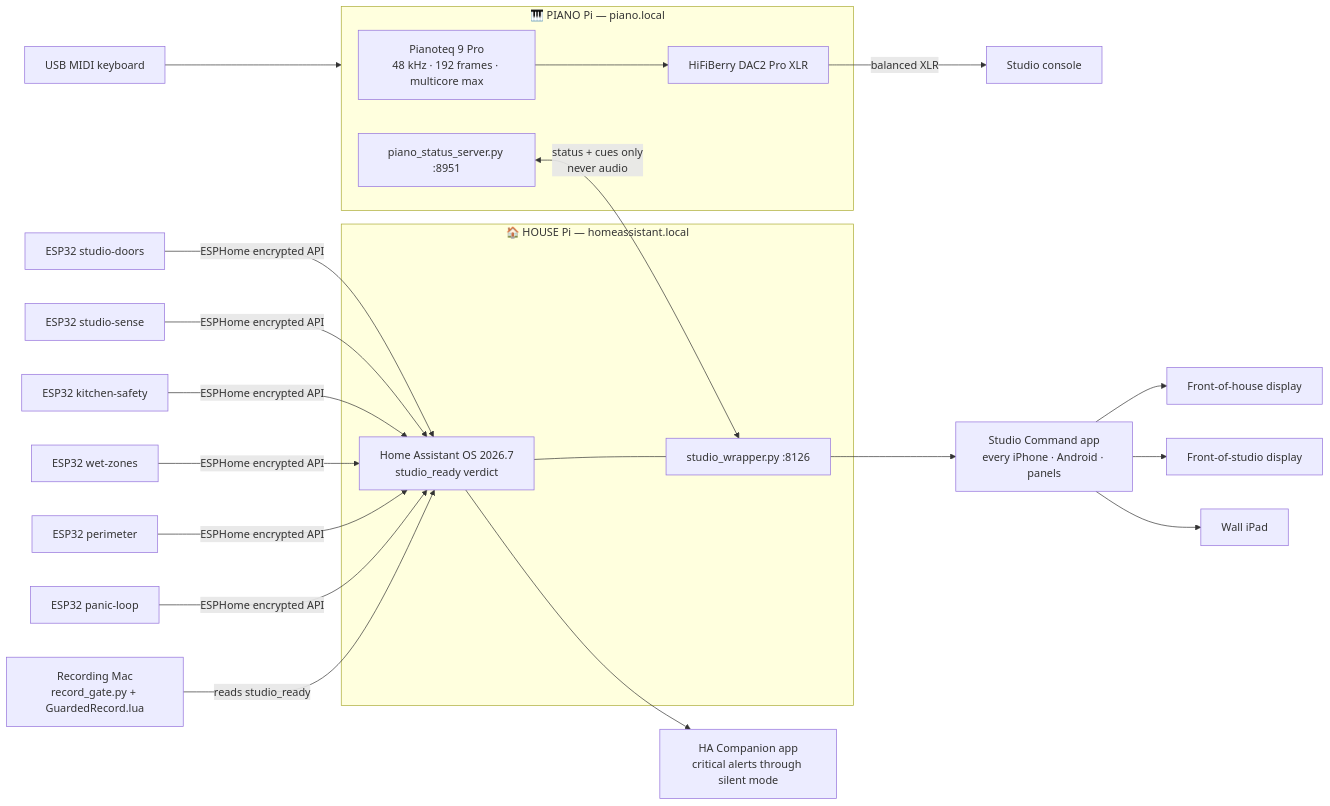
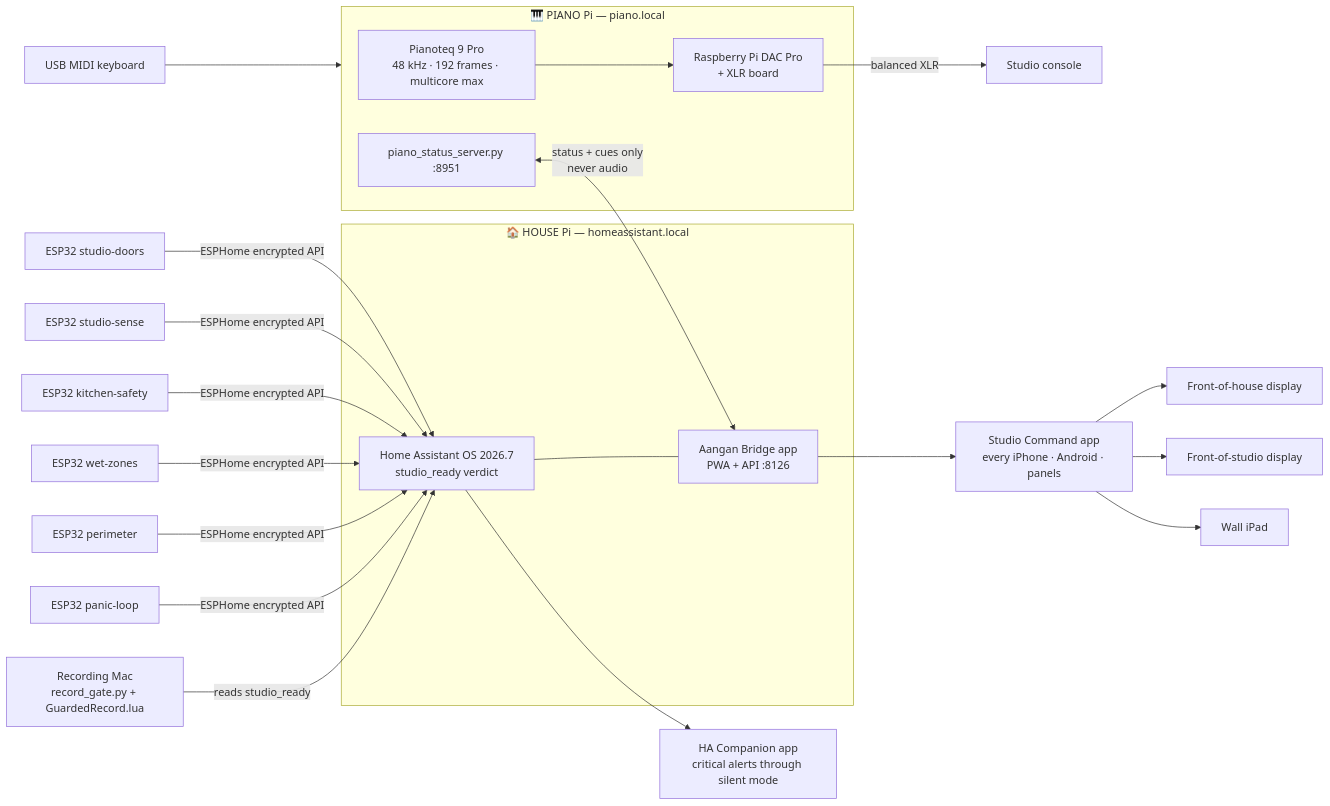
The diagram in docs/INSTALL_DIAGRAMS.md (jasonzacmusic/aangan), drawn with Mermaid before and after one commit. The commit also changed other lines of this file and 80 other files, not shown here.

````diff
--- a/docs/INSTALL_DIAGRAMS.md
+++ b/docs/INSTALL_DIAGRAMS.md
@@ -5,18 +5,18 @@
 ```mermaid
 flowchart LR
   KB[USB MIDI keyboard] --> PP
   subgraph PP["🎹 PIANO Pi — piano.local"]
-    PT[Pianoteq 9 Pro<br/>48 kHz · 192 frames · multicore max] --> DAC[HiFiBerry DAC2 Pro XLR]
+    PT[Pianoteq 9 Pro<br/>48 kHz · 192 frames · multicore max] --> DAC[Raspberry Pi DAC Pro<br/>+ XLR board]
     ST[piano_status_server.py :8951]
   end
   DAC -->|balanced XLR| CONSOLE[Studio console]
   subgraph HP["🏠 HOUSE Pi — homeassistant.local"]
-    HA[Home Assistant OS 2026.7<br/>studio_ready verdict] --- WR[studio_wrapper.py :8126]
+    HA[Home Assistant OS 2026.7<br/>studio_ready verdict] --- WR[Aangan Bridge app<br/>PWA + API :8126]
   end
   ST <-->|status + cues only<br/>never audio| WR
   E1[ESP32 studio-doors] & E2[ESP32 studio-sense] & E3[ESP32 kitchen-safety] & E4[ESP32 wet-zones] & E5[ESP32 perimeter] & E6[ESP32 panic-loop] -->|ESPHome encrypted API| HA
   WR --> APP[Studio Command app<br/>every iPhone · Android · panels]
   HA --> COMP[HA Companion app<br/>critical alerts through silent mode]
   APP --> D1[Front-of-house display] & D2[Front-of-studio display] & D3[Wall iPad]
   MAC[Recording Mac<br/>record_gate.py + GuardedRecord.lua] -->|reads studio_ready| HA
 ```
````
